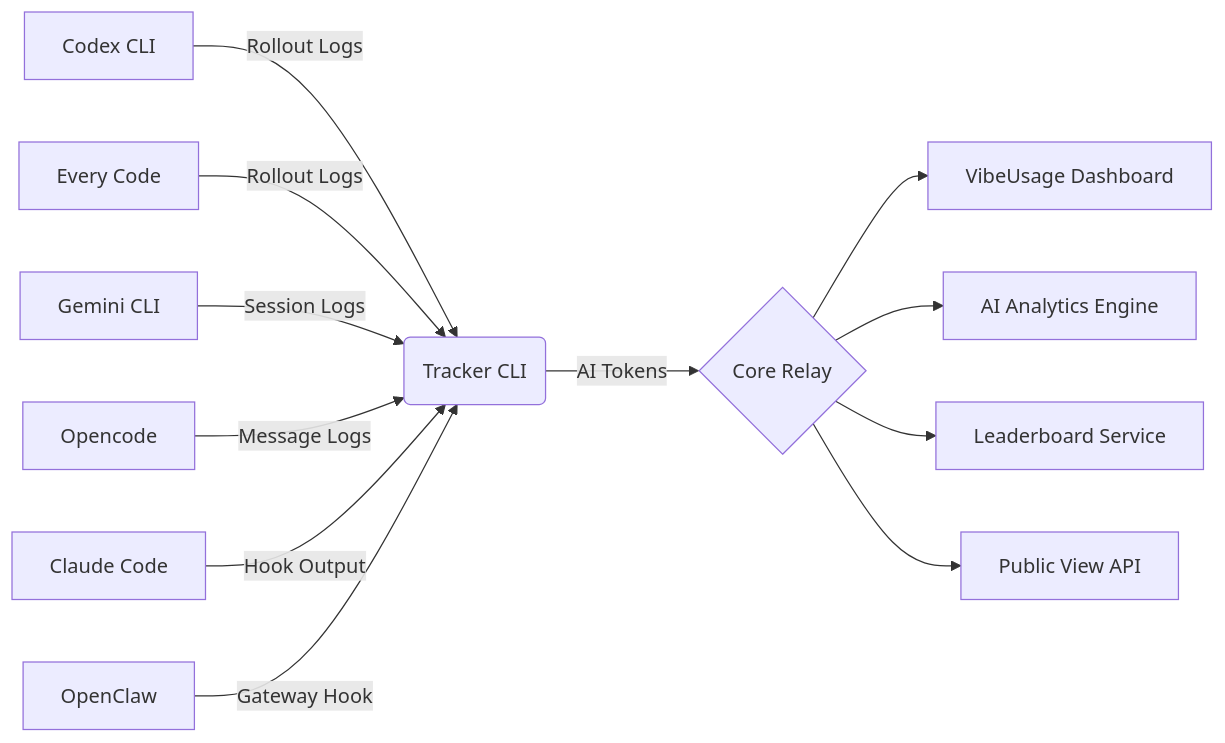
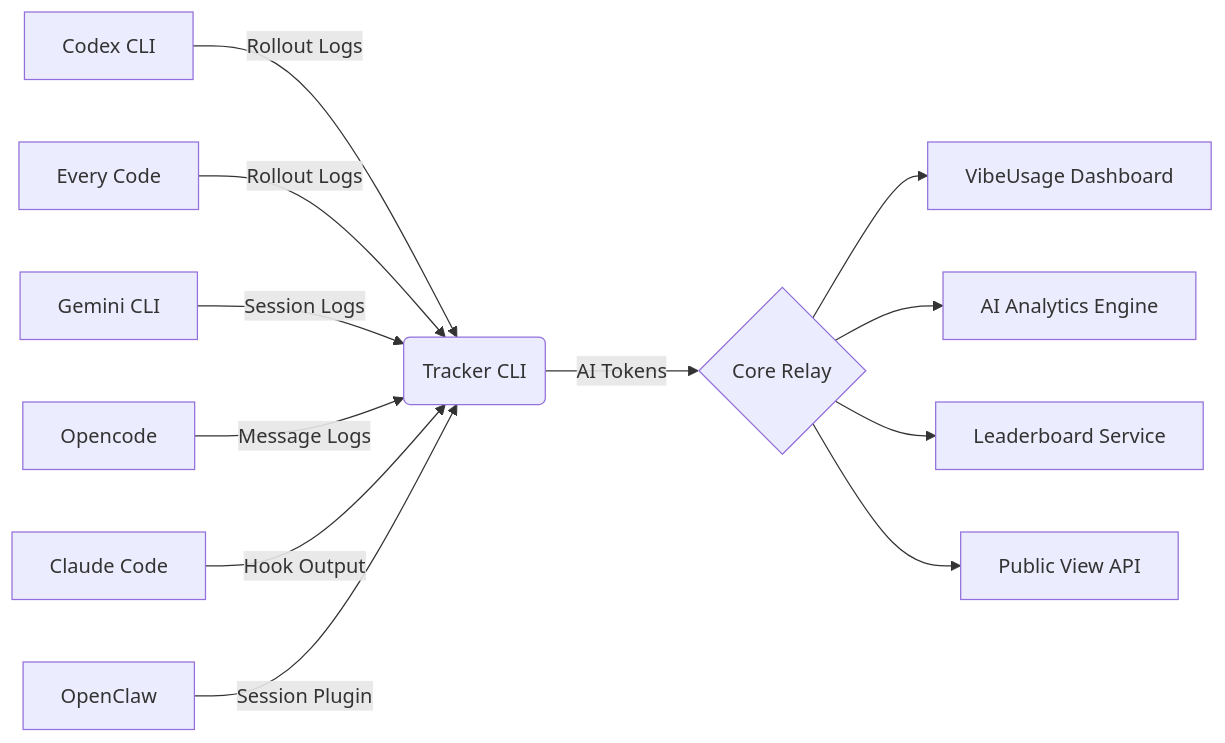
One commit to Acacia-Ma/vibeusage changed the diagram in README.md. Above: the diagram before and after it, drawn with Mermaid. The commit also changed other lines of this file and 3 other files, not shown here.

Commit message:
fix(cli): align OpenClaw wording with session plugin integration

````diff
--- a/README.md
+++ b/README.md
@@ -200,14 +200,14 @@
 ```mermaid
 graph LR
     A[Codex CLI] -->|Rollout Logs| G(Tracker CLI)
     B[Every Code] -->|Rollout Logs| G
     C[Gemini CLI] -->|Session Logs| G
     D[Opencode] -->|Message Logs| G
     E[Claude Code] -->|Hook Output| G
-    F[OpenClaw] -->|Gateway Hook| G
+    F[OpenClaw] -->|Session Plugin| G
     G -->|AI Tokens| H{Core Relay}
     H --> I[VibeUsage Dashboard]
     H --> J[AI Analytics Engine]
     H --> K[Leaderboard Service]
     H --> L[Public View API]
 ```
````
